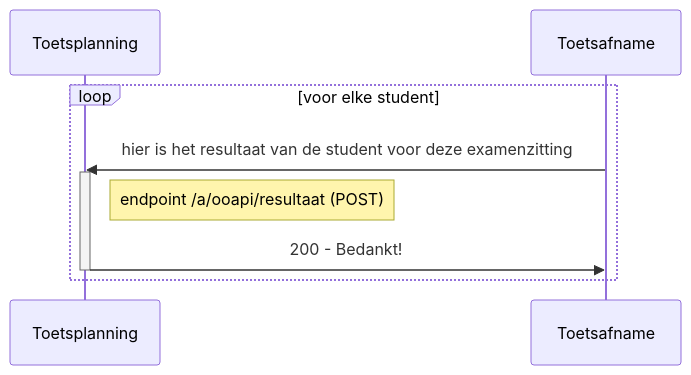
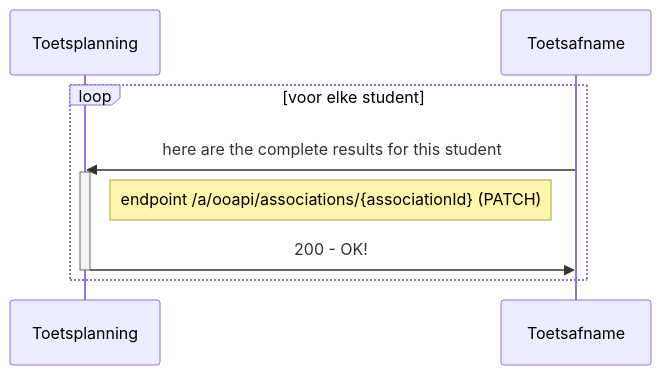
One commit to NetwerkExamineringDigitalisering/NED-OOAPI changed the first of 4 diagrams in doc/diagrams/flow3.md. Above: the diagram before and after it, drawn with Mermaid. The commit also changed other lines of this file, not shown here.

````diff
--- a/doc/diagrams/flow3.md
+++ b/doc/diagrams/flow3.md
@@ -6,12 +7,12 @@
 ```mermaid
 sequenceDiagram
     participant Toetsplanning
     participant Toetsafname
     loop voor elke student
-      Toetsafname->>Toetsplanning: hier is het resultaat van de student voor deze examenzitting
+      Toetsafname->>Toetsplanning: here are the complete results for this student
       activate Toetsplanning
-      Note right of Toetsplanning: endpoint /a/ooapi/resultaat (POST)
-      Toetsplanning->>Toetsafname: 200 - Bedankt!
+      Note right of Toetsplanning: endpoint /a/ooapi/associations/{associationId} (PATCH)
+      Toetsplanning->>Toetsafname: 200 - OK!
       deactivate Toetsplanning
     end
 ```
````
